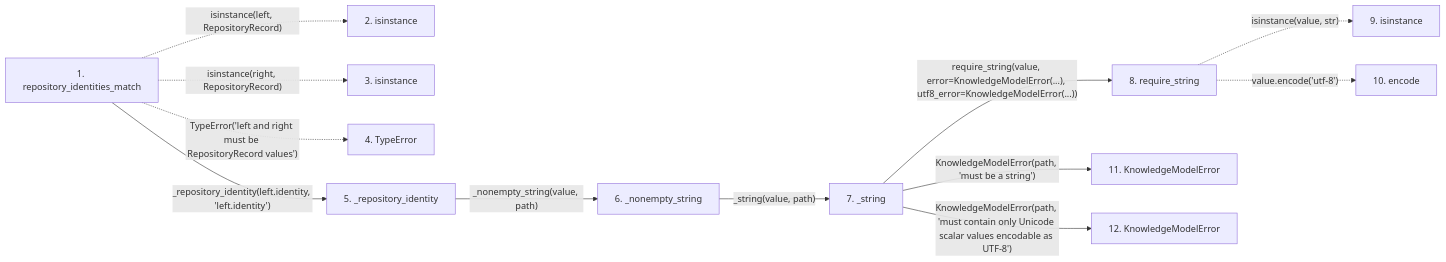
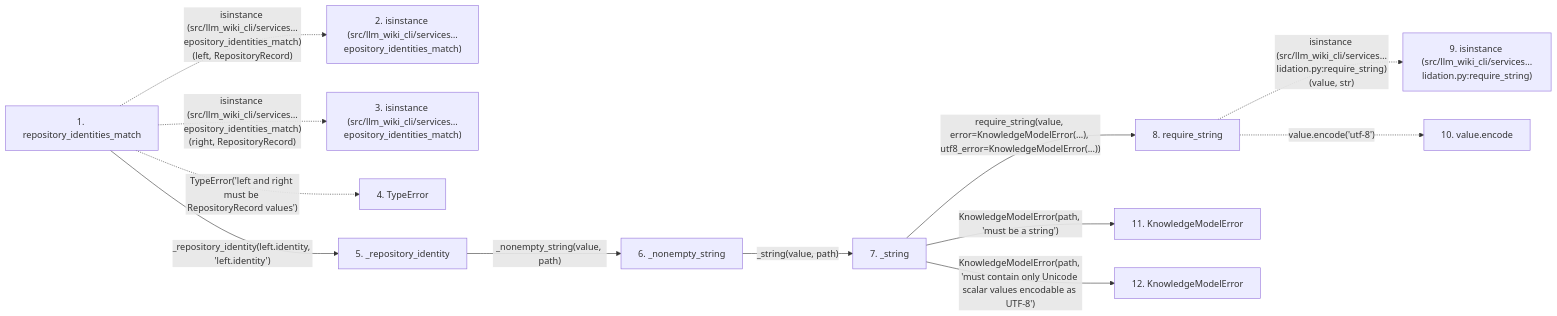
Before and after one commit to Denissvgn/python-wiki-llm: the second of 2 diagrams in docs/llm_wiki/flows/api-repository_identities_match.md, drawn with Mermaid. The commit also changed other lines of this file and 719 other files, not shown here.

````diff
--- a/docs/llm_wiki/flows/api-repository_identities_match.md
+++ b/docs/llm_wiki/flows/api-repository_identities_match.md
@@ -57,33 +59,33 @@
 ```mermaid
 flowchart LR
     s1["1. repository_identities_match"]
-    s2["2. isinstance"]
-    s3["3. isinstance"]
+    s2["2. isinstance (src/llm_wiki_cli/services…epository_identities_match)"]
+    s3["3. isinstance (src/llm_wiki_cli/services…epository_identities_match)"]
     s4["4. TypeError"]
     s5["5. _repository_identity"]
     s6["6. _nonempty_string"]
     s7["7. _string"]
     s8["8. require_string"]
-    s9["9. isinstance"]
-    s10["10. encode"]
+    s9["9. isinstance (src/llm_wiki_cli/services…lidation.py:require_string)"]
+    s10["10. value.encode"]
     s11["11. KnowledgeModelError"]
     s12["12. KnowledgeModelError"]
-    s1 -. "isinstance(left, RepositoryRecord)" .-> s2
-    s1 -. "isinstance(right, RepositoryRecord)" .-> s3
+    s1 -. "isinstance (src/llm_wiki_cli/services…epository_identities_match)(left, RepositoryRecord)" .-> s2
+    s1 -. "isinstance (src/llm_wiki_cli/services…epository_identities_match)(right, RepositoryRecord)" .-> s3
     s1 -. "TypeError('left and right must be RepositoryRecord values')" .-> s4
     s1 -->|"_repository_identity(left.identity, 'left.identity')"| s5
     s5 -->|"_nonempty_string(value, path)"| s6
     s6 -->|"_string(value, path)"| s7
     s7 -->|"require_string(value, error=KnowledgeModelError(...), utf8_error=KnowledgeModelError(...))"| s8
-    s8 -. "isinstance(value, str)" .-> s9
+    s8 -. "isinstance (src/llm_wiki_cli/services…lidation.py:require_string)(value, str)" .-> s9
     s8 -. "value.encode('utf-8')" .-> s10
     s7 -->|"KnowledgeModelError(path, 'must be a string')"| s11
     s7 -->|"KnowledgeModelError(path, 'must contain only Unicode scalar values encodable as UTF-8')"| s12
     click s1 "../modules/knowledge_model.md"
     click s5 "../modules/knowledge_model.md"
     click s6 "../modules/knowledge_model.md"
     click s7 "../modules/knowledge_model.md"
     click s8 "../modules/validation.md"
     click s11 "../modules/knowledge_model.md"
     click s12 "../modules/knowledge_model.md"
 ```
````
